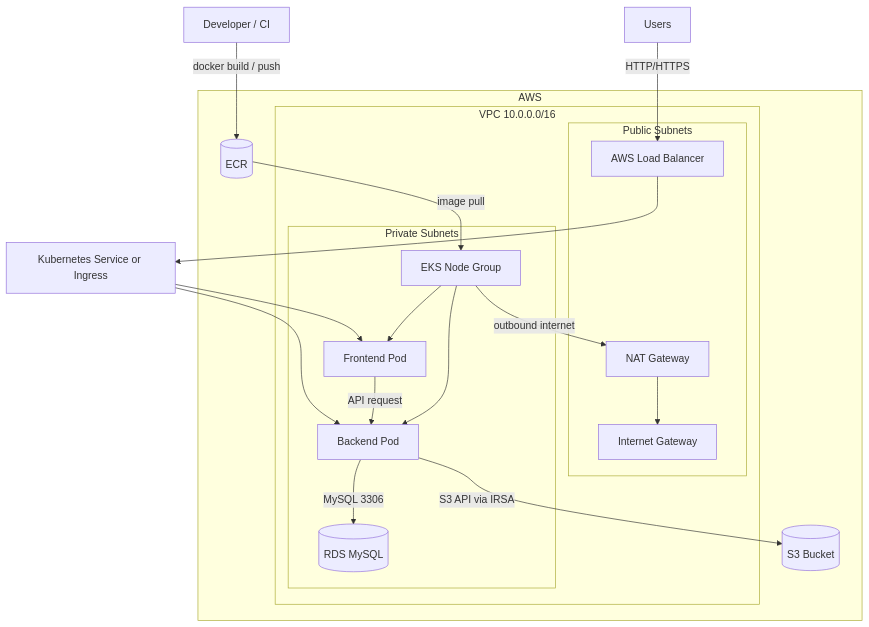
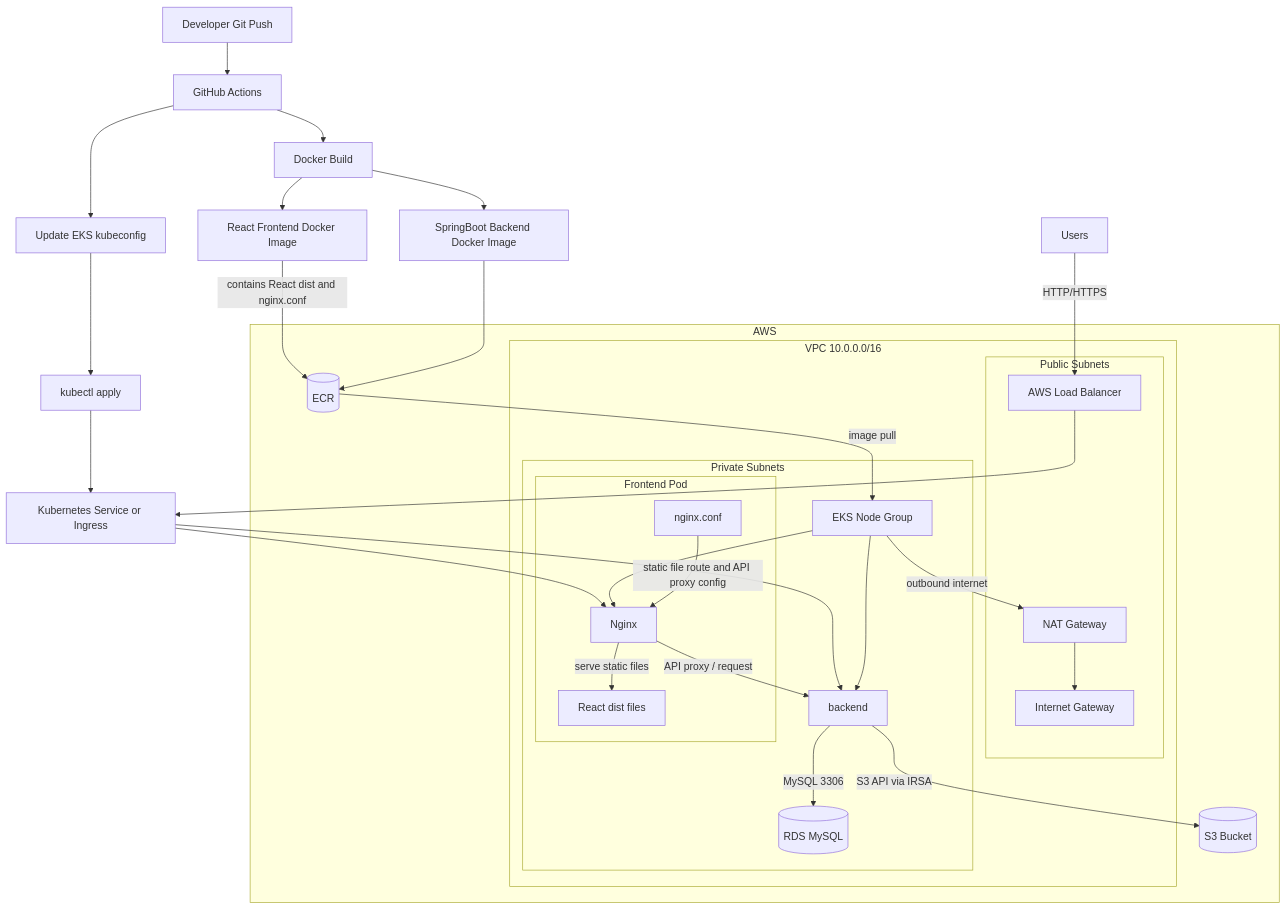
Before and after one commit to mmije0ng/Rookies_Terraform-k8s-FE: the first of 5 diagrams in README.md, drawn with Mermaid. The commit also changed other lines of this file, not shown here.

First line of the commit message:
docs: update ArgoCD architecture documentation

````diff
--- a/README.md
+++ b/README.md
@@ -75,39 +41,54 @@
 ```mermaid
 flowchart TB
     users[Users] -->|HTTP/HTTPS| lb[AWS Load Balancer]
     lb --> svc[Kubernetes Service or Ingress]
-    svc --> frontend[Frontend Pod]
-    svc --> backend[Backend Pod]
+    svc --> nginx
+    svc --> backend
 
-    frontend -->|API request| backend
+    nginx -->|API proxy / request| backend
     backend -->|MySQL 3306| rds[(RDS MySQL)]
     backend -->|S3 API via IRSA| s3[(S3 Bucket)]
 
-    ci[Developer / CI] -->|docker build / push| ecr[(ECR)]
+    dev[Developer Git Push] --> gha[GitHub Actions]
+    gha --> build[Docker Build]
+    build --> frontendImage[React Frontend Docker Image]
+    build --> backendImage[SpringBoot Backend Docker Image]
+    frontendImage -->|contains React dist and nginx.conf| ecr[(ECR)]
+    backendImage --> ecr
+    gha --> kubeconfig[Update EKS kubeconfig]
+    kubeconfig --> apply[kubectl apply]
+    apply --> svc
+
     ecr -->|image pull| node[EKS Node Group]
-    node --> frontend
+    node --> nginx
     node --> backend
     node -->|outbound internet| nat
 
     subgraph aws["AWS"]
         subgraph vpc["VPC 10.0.0.0/16"]
             subgraph public_subnets["Public Subnets"]
                 lb
                 nat[NAT Gateway]
                 igw[Internet Gateway]
             end
 
             subgraph private_subnets["Private Subnets"]
                 node
-                frontend
+                subgraph frontendPod["Frontend Pod"]
+                    nginx[Nginx]
+                    dist[React dist files]
+                    nginxConf[nginx.conf]
+                    nginx -->|serve static files| dist
+                    nginxConf -->|static file route and API proxy config| nginx
+                end
                 backend
                 rds
             end
         end
 
         ecr
         s3
     end
 
     nat --> igw
 ```
````
